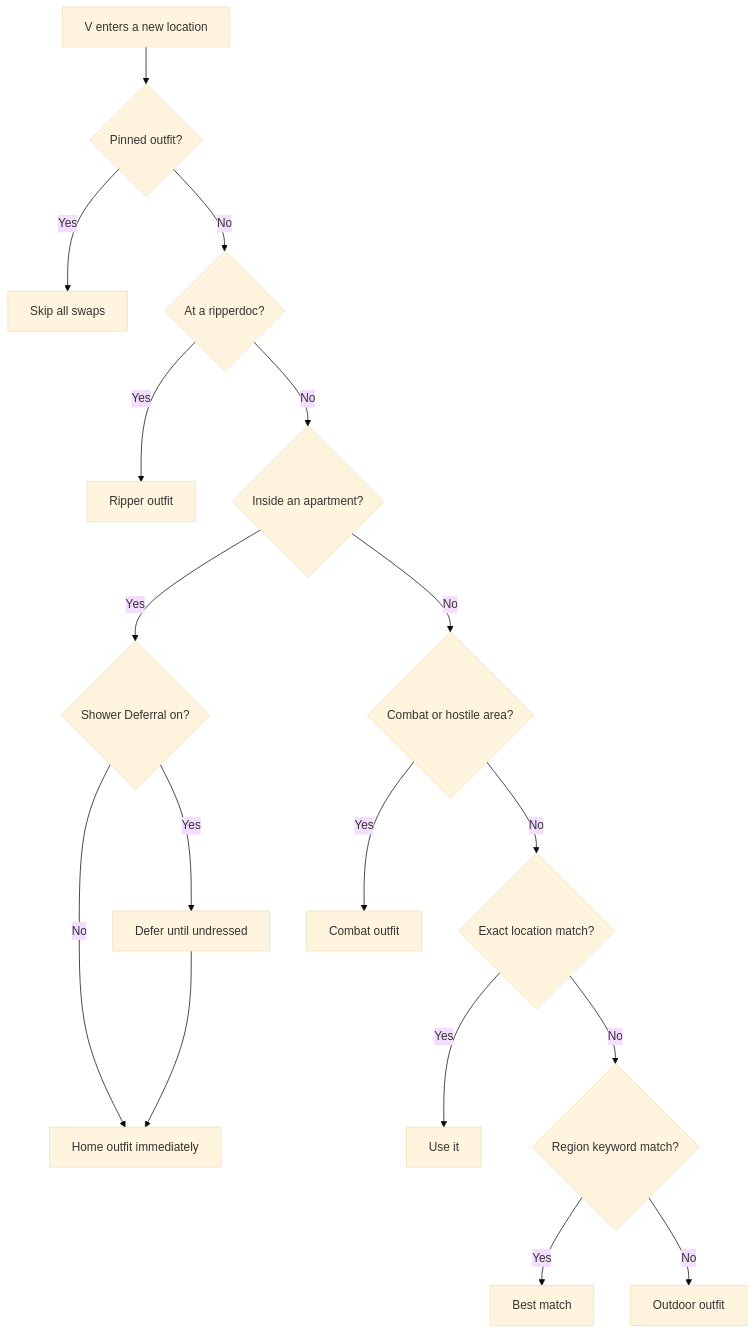
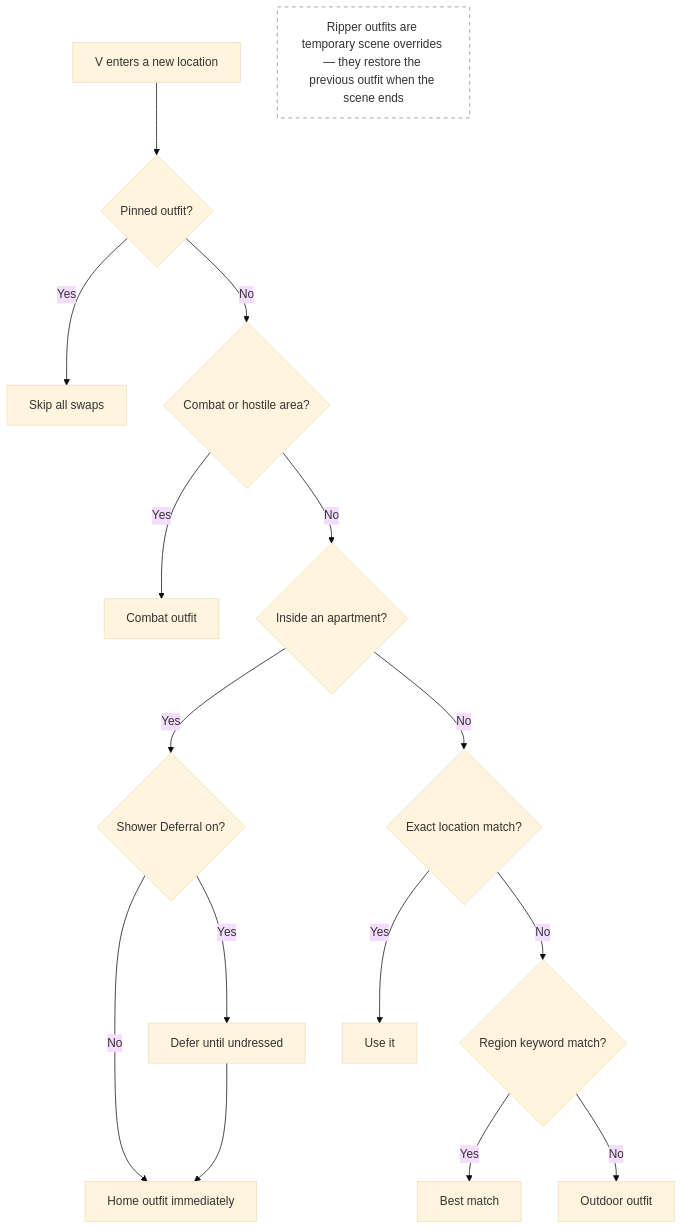
The diagram in docs/priority.md (Yorivel/Dynamic-Wardrobe), drawn with Mermaid (base theme) before and after one commit.

````diff
--- a/docs/priority.md
+++ b/docs/priority.md
@@ -39,19 +39,20 @@
 ```mermaid
 flowchart TD
     A[V enters a new location] --> B{Pinned outfit?}
     B -- Yes --> C[Skip all swaps]
-    B -- No --> D{At a ripperdoc?}
-    D -- Yes --> E[Ripper outfit]
+    B -- No --> D{Combat or hostile area?}
+    D -- Yes --> E[Combat outfit]
     D -- No --> F{Inside an apartment?}
     F -- Yes --> G{Shower Deferral on?}
     G -- No --> H[Home outfit immediately]
     G -- Yes --> I[Defer until undressed]
     I --> H
-    F -- No --> J{Combat or hostile area?}
-    J -- Yes --> K[Combat outfit]
-    J -- No --> L{Exact location match?}
-    L -- Yes --> M[Use it]
-    L -- No --> N{Region keyword match?}
-    N -- Yes --> O[Best match]
-    N -- No --> P[Outdoor outfit]
+    F -- No --> J{Exact location match?}
+    J -- Yes --> K[Use it]
+    J -- No --> L{Region keyword match?}
+    L -- Yes --> M[Best match]
+    L -- No --> N[Outdoor outfit]
+
+    style O fill:none,stroke:#888,stroke-dasharray: 5 5
+    O["Ripper outfits are temporary scene overrides — they restore the previous outfit when the scene ends"]
 ```
````
